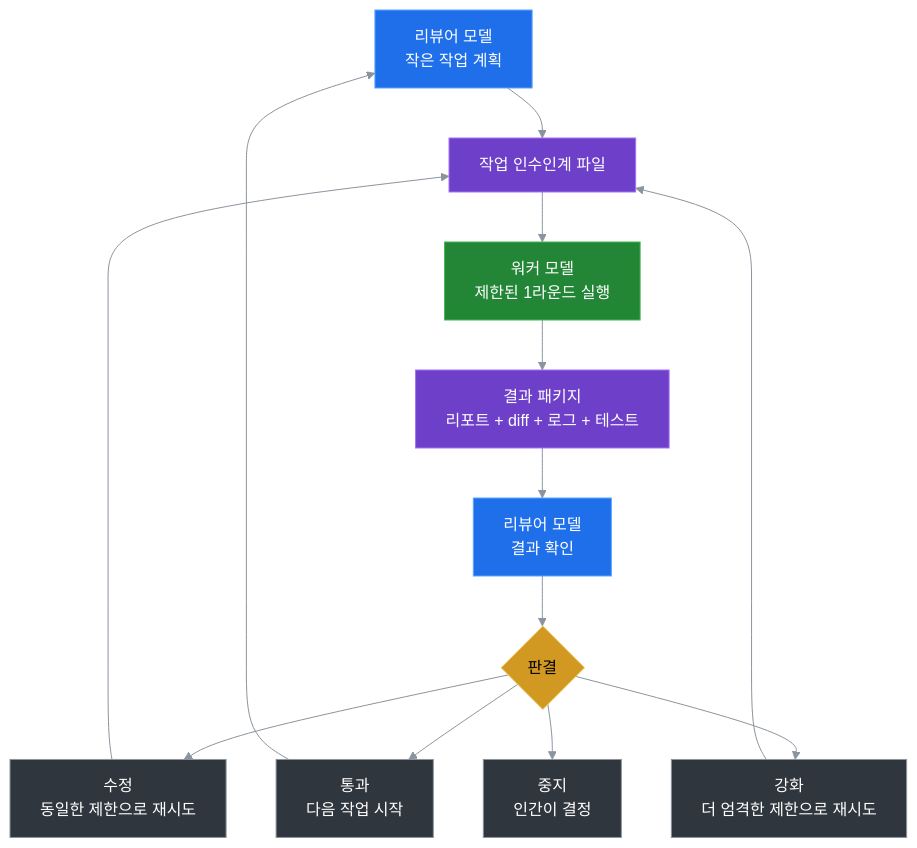
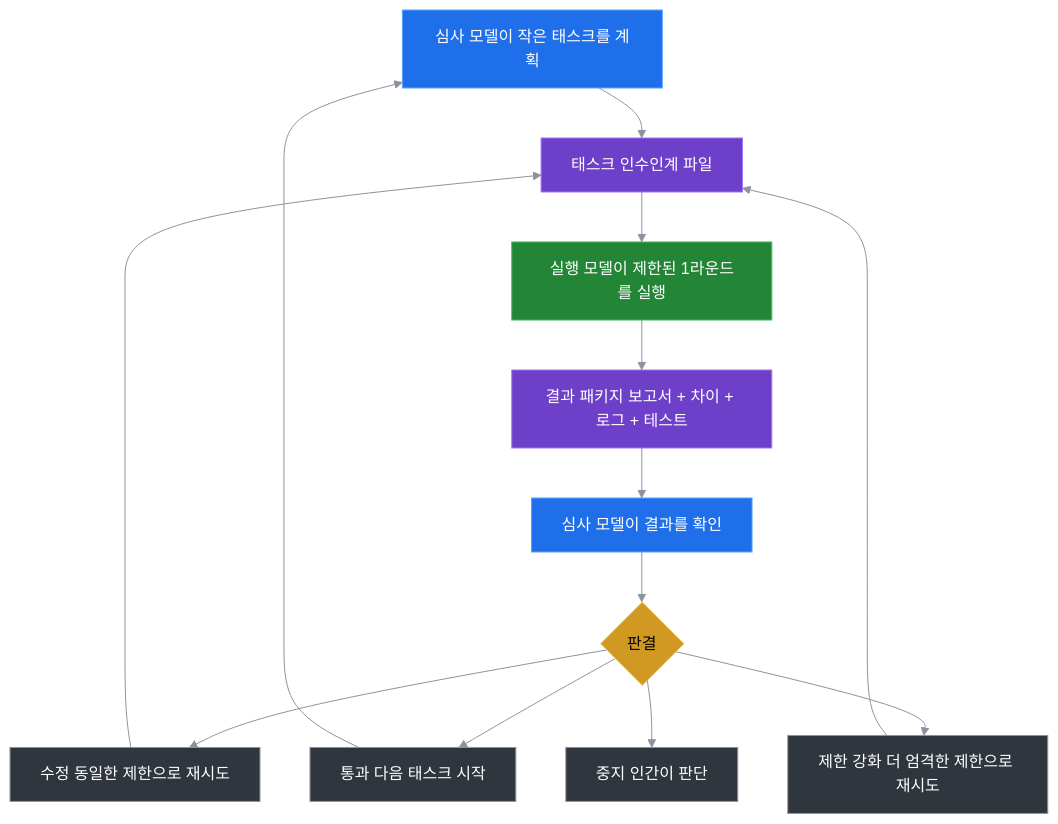
One commit to ningbo00/token-saver-loop changed the diagram in README.ko.md. Above: the diagram before and after it, drawn with Mermaid. The commit also changed other lines of this file and 3 other files, not shown here.

````diff
--- a/README.ko.md
+++ b/README.ko.md
@@ -102,31 +137,31 @@
 ```mermaid
 %%{init: {"theme": "base", "themeVariables": {"background": "transparent", "primaryColor": "#1f6feb", "primaryTextColor": "#ffffff", "primaryBorderColor": "#58a6ff", "lineColor": "#8b949e", "secondaryColor": "#238636", "tertiaryColor": "#30363d"}}}%%
 flowchart TD
-    A[리뷰어 모델<br/>작은 작업 계획]
-    B[작업 인수인계 파일]
-    C[워커 모델<br/>제한된 1라운드 실행]
-    D[결과 패키지<br/>리포트 + diff + 로그 + 테스트]
-    E[리뷰어 모델<br/>결과 확인]
+    A[심사 모델이 작은 태스크를 계획]
+    B[태스크 인수인계 파일]
+    C[실행 모델이 제한된 1라운드를 실행]
+    D[결과 패키지 보고서 + 차이 + 로그 + 테스트]
+    E[심사 모델이 결과를 확인]
     F{판결}
-    G[통과<br/>다음 작업 시작]
-    H[수정<br/>동일한 제한으로 재시도]
-    I[강화<br/>더 엄격한 제한으로 재시도]
-    J[중지<br/>인간이 결정]
+    G[통과 다음 태스크 시작]
+    H[수정 동일한 제한으로 재시도]
+    I[제한 강화 더 엄격한 제한으로 재시도]
+    J[중지 인간이 판단]
 
     A --> B --> C --> D --> E --> F
     F --> G --> A
     F --> H --> B
     F --> I --> B
     F --> J
 
     classDef reviewer fill:#1f6feb,stroke:#58a6ff,color:#ffffff
     classDef worker fill:#238636,stroke:#3fb950,color:#ffffff
     classDef file fill:#6e40c9,stroke:#a371f7,color:#ffffff
     classDef verdict fill:#d29922,stroke:#f2cc60,color:#000000
     classDef outcome fill:#30363d,stroke:#8b949e,color:#ffffff
     class A,E reviewer
     class C worker
     class B,D file
     class F verdict
     class G,H,I,J outcome
 ```
````
